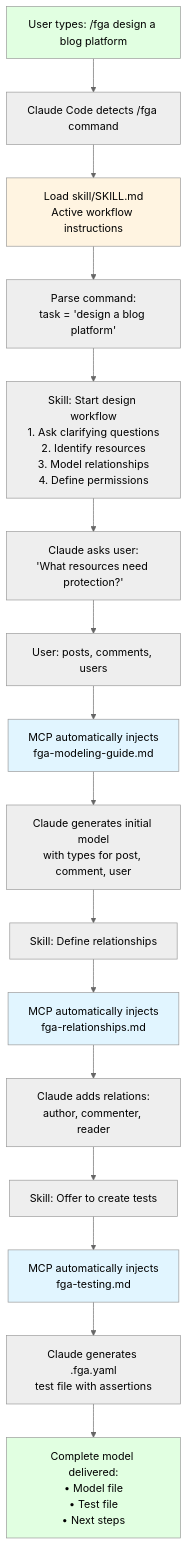
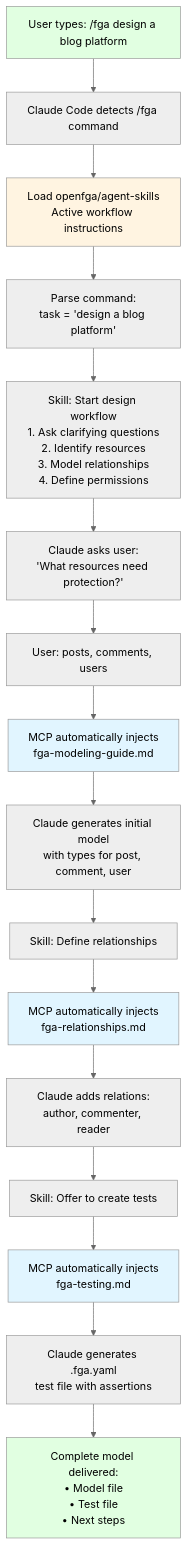
Before and after one commit to violetarcher/fga-mcp-skills-quickstart: the fifth of 8 diagrams in ARCHITECTURE.md, drawn with Mermaid (neutral theme). The commit also changed other lines of this file and 10 other files, not shown here.

````diff
--- a/ARCHITECTURE.md
+++ b/ARCHITECTURE.md
@@ -208,41 +205,41 @@
 ```mermaid
 flowchart TD
     Start["User types: /fga design a blog platform"]
 
     Start --> SkillDetect["Claude Code detects /fga command"]
 
-    SkillDetect --> LoadSkill["Load skill/SKILL.md<br/>Active workflow instructions"]
+    SkillDetect --> LoadSkill["Load openfga/agent-skills<br/>Active workflow instructions"]
 
     LoadSkill --> ParseCmd["Parse command:<br/>task = 'design a blog platform'"]
 
     ParseCmd --> WorkflowStart["Skill: Start design workflow<br/>1. Ask clarifying questions<br/>2. Identify resources<br/>3. Model relationships<br/>4. Define permissions"]
 
     WorkflowStart --> Step1["Claude asks user:<br/>'What resources need protection?'"]
 
     Step1 --> UserResp["User: posts, comments, users"]
 
     UserResp --> MCPInject1["MCP automatically injects<br/>fga-modeling-guide.md"]
 
     MCPInject1 --> Generate1["Claude generates initial model<br/>with types for post, comment, user"]
 
     Generate1 --> Step2["Skill: Define relationships"]
 
     Step2 --> MCPInject2["MCP automatically injects<br/>fga-relationships.md"]
 
     MCPInject2 --> Generate2["Claude adds relations:<br/>author, commenter, reader"]
 
     Generate2 --> Step3["Skill: Offer to create tests"]
 
     Step3 --> MCPInject3["MCP automatically injects<br/>fga-testing.md"]
 
     MCPInject3 --> Final["Claude generates .fga.yaml<br/>test file with assertions"]
 
     Final --> Complete["Complete model delivered:<br/>• Model file<br/>• Test file<br/>• Next steps"]
 
     style Start fill:#e1ffe1
     style LoadSkill fill:#fff4e1
     style MCPInject1 fill:#e1f5ff
     style MCPInject2 fill:#e1f5ff
     style MCPInject3 fill:#e1f5ff
     style Complete fill:#e1ffe1
 ```
````
